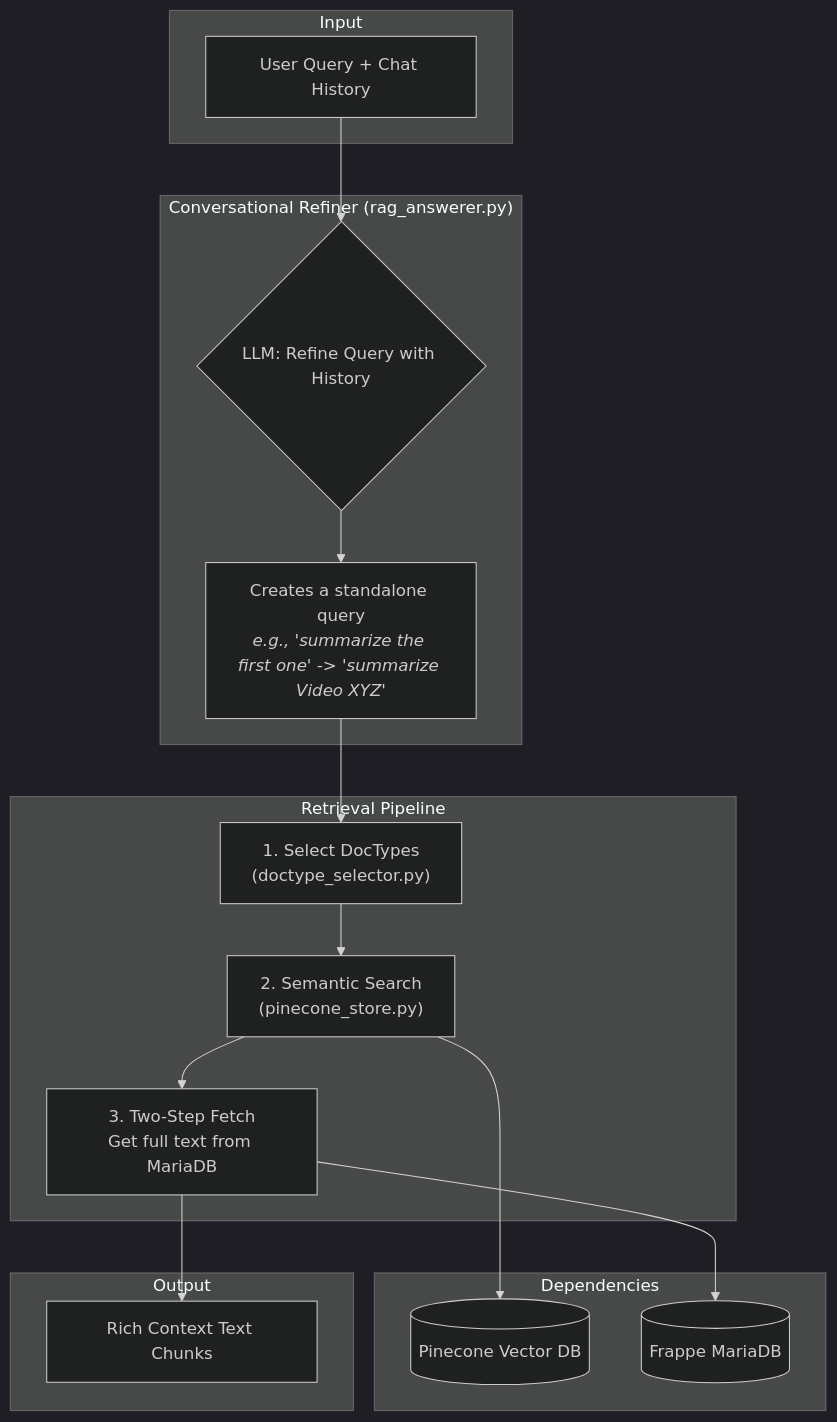
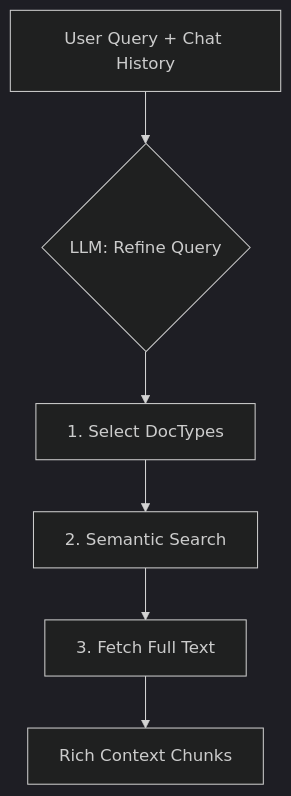
The third of 3 diagrams in README.md (theapprenticeproject/Ai), drawn with Mermaid (dark theme) before and after one commit. The commit also changed other lines of this file, not shown here.

````diff
--- a/README.md
+++ b/README.md
@@ -115,34 +153,8 @@
 ```mermaid
 graph TD
-    subgraph "Input"
-        A[User Query + Chat History]
-    end
-
-    subgraph "Conversational Refiner (rag_answerer.py)"
-        B{LLM: Refine Query with History}
-        C["Creates a standalone query<br><i>e.g., 'summarize the first one' -> 'summarize Video XYZ'</i>"]
-        B --> C
-    end
-
-    subgraph "Retrieval Pipeline"
-        D["1. Select DocTypes<br>(doctype_selector.py)"]
-        E["2. Semantic Search<br>(pinecone_store.py)"]
-        F["3. Two-Step Fetch<br>Get full text from MariaDB"]
-        D --> E --> F
-    end
-
-    subgraph "Dependencies"
-        Pinecone[(Pinecone Vector DB)]
-        MariaDB[(Frappe MariaDB)]
-        E --> Pinecone
-        F --> MariaDB
-    end
-
-    subgraph "Output"
-        G[Rich Context Text Chunks]
-        F --> G
-    end
-
-    A --> B
-    C --> D
+    A[User Query + Chat History] --> B{LLM: Refine Query}
+    B --> C["1. Select DocTypes"]
+    C --> D["2. Semantic Search"]
+    D --> E["3. Fetch Full Text"]
+    E --> F[Rich Context Chunks]
 ```
````
